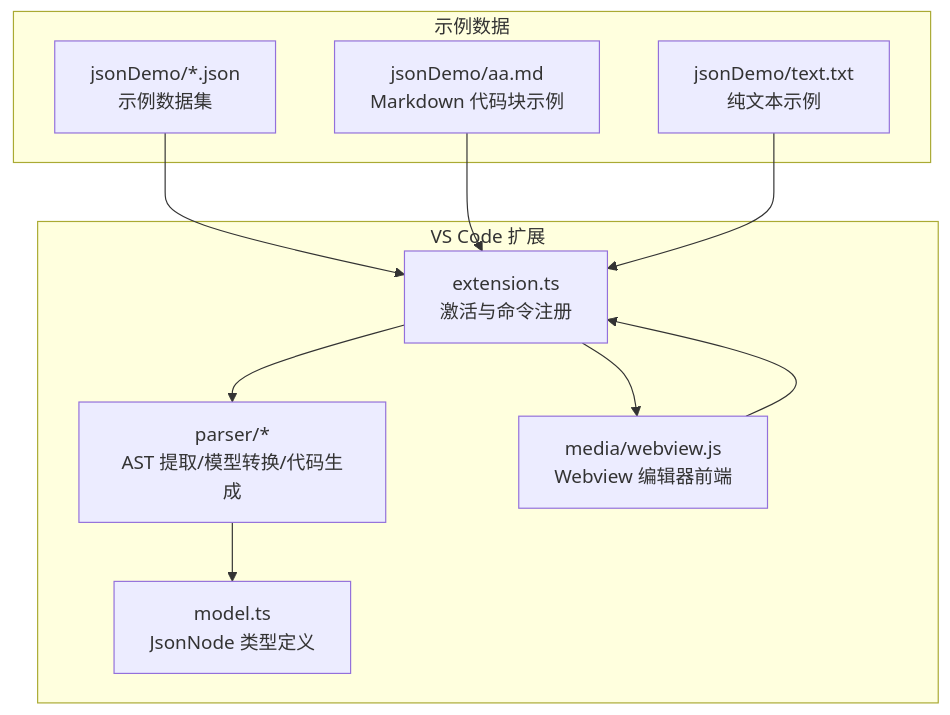
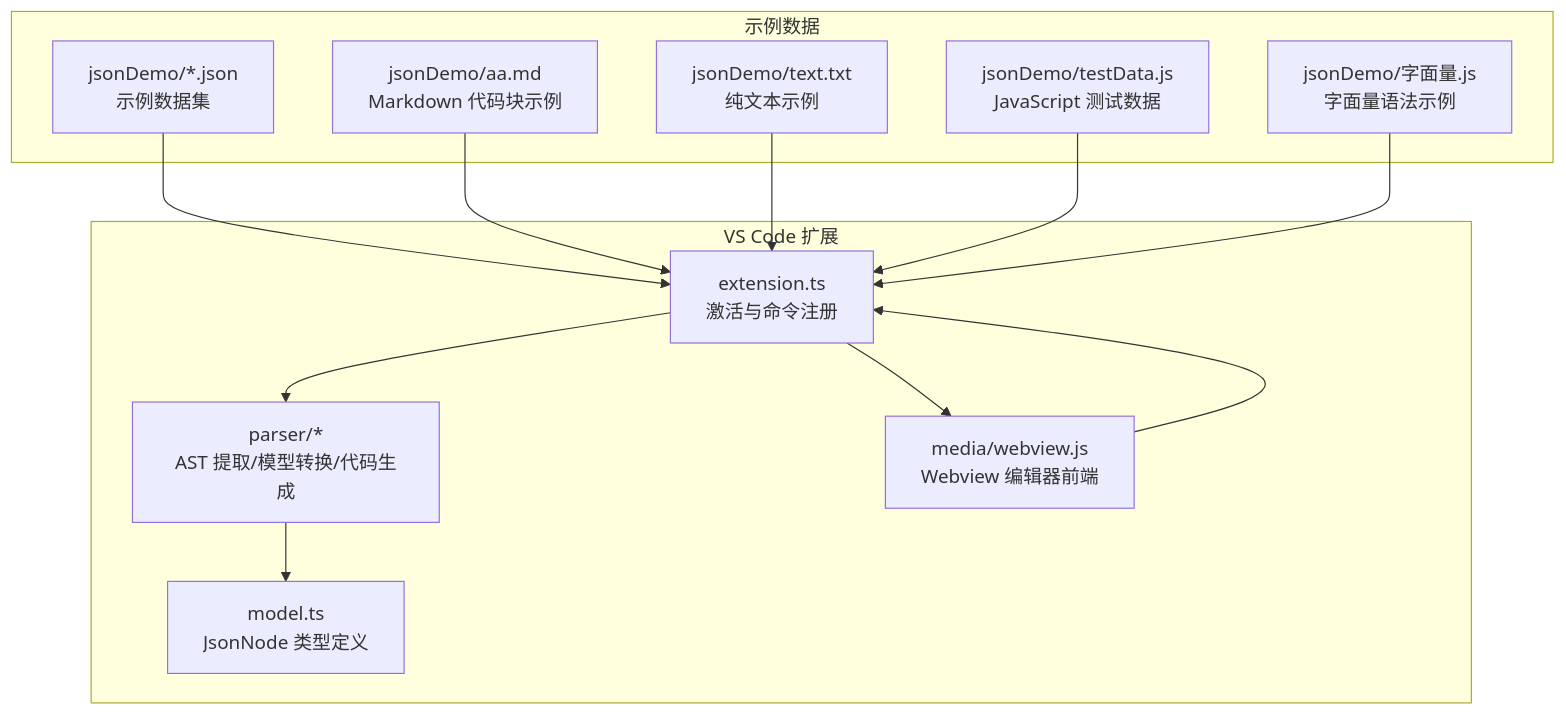
The first of 6 diagrams in .qoder/repowiki/zh/content/示例和最佳实践/示例和最佳实践.md (meiok1/wysjson), drawn with Mermaid before and after one commit. The commit also changed other lines of this file and 390 other files, not shown here.

````diff
--- a/.qoder/repowiki/zh/content/示例和最佳实践/示例和最佳实践.md
+++ b/.qoder/repowiki/zh/content/示例和最佳实践/示例和最佳实践.md
@@ -51,21 +63,25 @@
 ```mermaid
 graph TB
 subgraph "VS Code 扩展"
 A["extension.ts<br/>激活与命令注册"]
 B["parser/*<br/>AST 提取/模型转换/代码生成"]
 C["model.ts<br/>JsonNode 类型定义"]
 D["media/webview.js<br/>Webview 编辑器前端"]
 end
 subgraph "示例数据"
 E["jsonDemo/*.json<br/>示例数据集"]
 F["jsonDemo/aa.md<br/>Markdown 代码块示例"]
 G["jsonDemo/text.txt<br/>纯文本示例"]
+H["jsonDemo/testData.js<br/>JavaScript 测试数据"]
+I["jsonDemo/字面量.js<br/>字面量语法示例"]
 end
 A --> B
 A --> D
 B --> C
 D --> A
 E --> A
 F --> A
 G --> A
+H --> A
+I --> A
 ```
````
